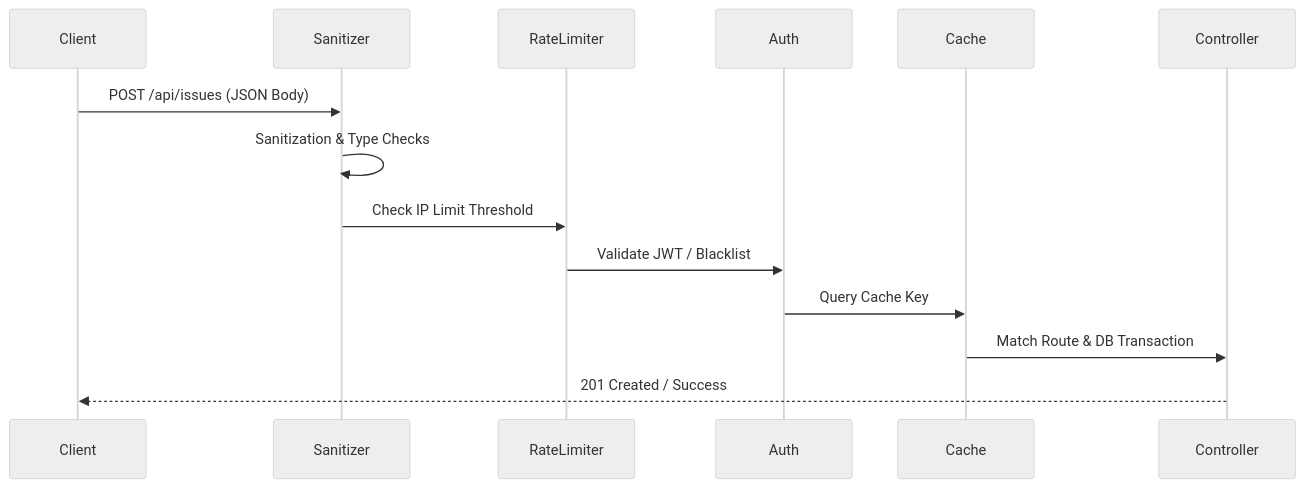
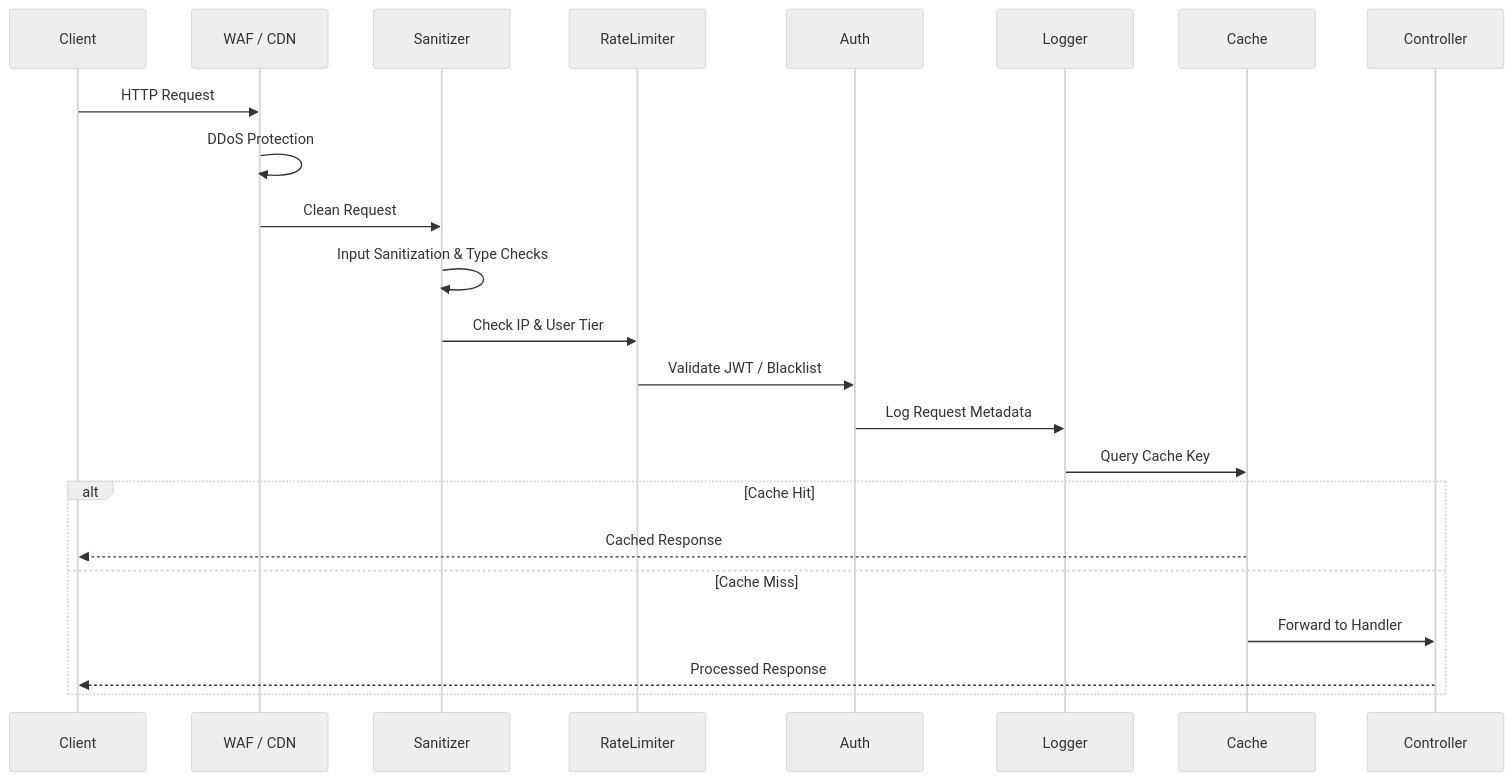
One commit to Ninjax26/FixNearby changed the third of 5 diagrams in docs/ARCHITECTURE.md. Above: the diagram before and after it, drawn with Mermaid (neutral theme). The commit also changed other lines of this file and 5 other files, not shown here.

Commit message:
docs: add security policy, architecture docs, and automated doc checks

````diff
--- a/docs/ARCHITECTURE.md
+++ b/docs/ARCHITECTURE.md
@@ -32,17 +102,26 @@
 ```mermaid
 sequenceDiagram
     participant Client
+    participant WAF as WAF / CDN
     participant Sanitizer
     participant RateLimiter
     participant Auth
+    participant Logger
     participant Cache
     participant Controller
 
-    Client->>Sanitizer: POST /api/issues (JSON Body)
-    Sanitizer->>Sanitizer: Sanitization & Type Checks
-    Sanitizer->>RateLimiter: Check IP Limit Threshold
+    Client->>WAF: HTTP Request
+    WAF->>WAF: DDoS Protection
+    WAF->>Sanitizer: Clean Request
+    Sanitizer->>Sanitizer: Input Sanitization & Type Checks
+    Sanitizer->>RateLimiter: Check IP & User Tier
     RateLimiter->>Auth: Validate JWT / Blacklist
-    Auth->>Cache: Query Cache Key
-    Cache->>Controller: Match Route & DB Transaction
-    Controller-->>Client: 201 Created / Success
+    Auth->>Logger: Log Request Metadata
+    Logger->>Cache: Query Cache Key
+    alt Cache Hit
+        Cache-->>Client: Cached Response
+    else Cache Miss
+        Cache->>Controller: Forward to Handler
+        Controller-->>Client: Processed Response
+    end
 ```
````
